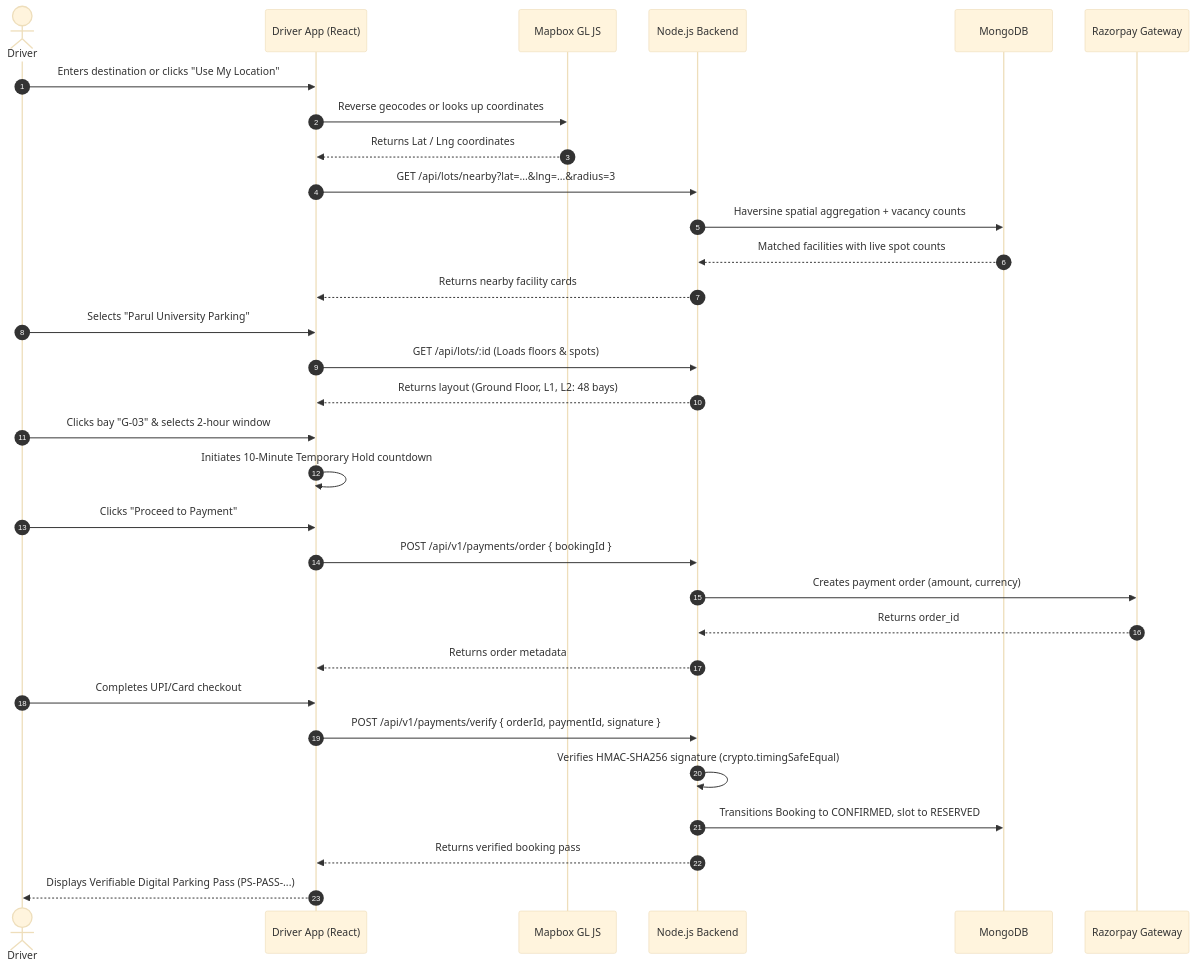
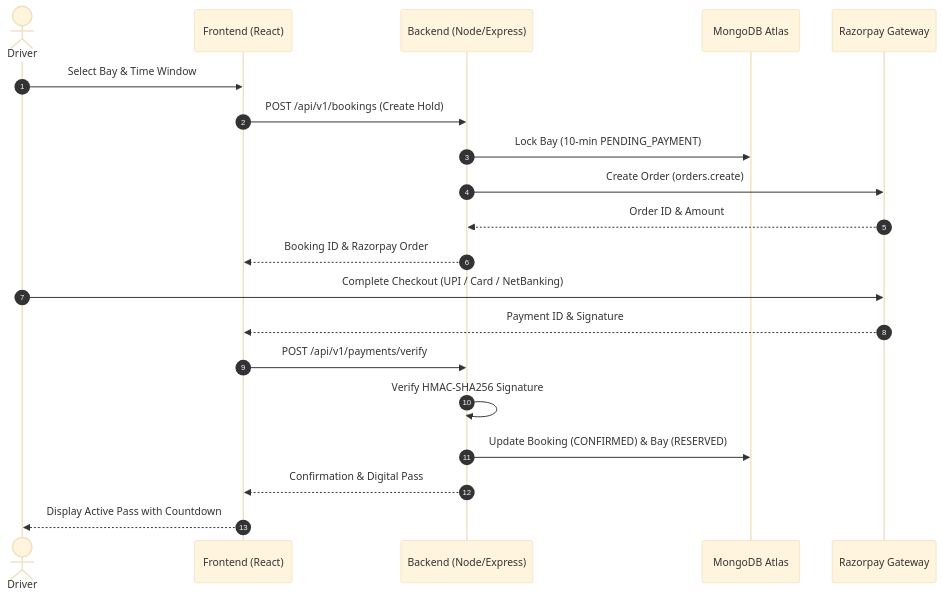
The second of 2 diagrams in README.md (Kumud9/ParkSpot), drawn with Mermaid (base theme) before and after one commit. The commit also changed other lines of this file and 30 other files, not shown here.

````diff
--- a/README.md
+++ b/README.md
@@ -401,34 +85,23 @@
 ```mermaid
 sequenceDiagram
     autonumber
     actor Driver
-    participant Frontend as Driver App (React)
-    participant Mapbox as Mapbox GL JS
-    participant Backend as Node.js Backend
-    participant Mongo as MongoDB
-    participant Razorpay as Razorpay Gateway
+    participant FE as Frontend (React)
+    participant BE as Backend (Node/Express)
+    participant DB as MongoDB Atlas
+    participant RZP as Razorpay Gateway
 
-    Driver->>Frontend: Enters destination or clicks "Use My Location"
-    Frontend->>Mapbox: Reverse geocodes or looks up coordinates
-    Mapbox-->>Frontend: Returns Lat / Lng coordinates
-    Frontend->>Backend: GET /api/lots/nearby?lat=...&lng=...&radius=3
-    Backend->>Mongo: Haversine spatial aggregation + vacancy counts
-    Mongo-->>Backend: Matched facilities with live spot counts
-    Backend-->>Frontend: Returns nearby facility cards
-    Driver->>Frontend: Selects "Parul University Parking"
-    Frontend->>Backend: GET /api/lots/:id (Loads floors & spots)
-    Backend-->>Frontend: Returns layout (Ground Floor, L1, L2: 48 bays)
-    Driver->>Frontend: Clicks bay "G-03" & selects 2-hour window
-    Frontend->>Frontend: Initiates 10-Minute Temporary Hold countdown
-    Driver->>Frontend: Clicks "Proceed to Payment"
-    Frontend->>Backend: POST /api/v1/payments/order { bookingId }
-    Backend->>Razorpay: Creates payment order (amount, currency)
-    Razorpay-->>Backend: Returns order_id
-    Backend-->>Frontend: Returns order metadata
-    Driver->>Frontend: Completes UPI/Card checkout
-    Frontend->>Backend: POST /api/v1/payments/verify { orderId, paymentId, signature }
-    Backend->>Backend: Verifies HMAC-SHA256 signature (crypto.timingSafeEqual)
-    Backend->>Mongo: Transitions Booking to CONFIRMED, slot to RESERVED
-    Backend-->>Frontend: Returns verified booking pass
-    Frontend-->>Driver: Displays Verifiable Digital Parking Pass (PS-PASS-...)
+    Driver->>FE: Select Bay & Time Window
+    FE->>BE: POST /api/v1/bookings (Create Hold)
+    BE->>DB: Lock Bay (10-min PENDING_PAYMENT)
+    BE->>RZP: Create Order (orders.create)
+    RZP-->>BE: Order ID & Amount
+    BE-->>FE: Booking ID & Razorpay Order
+    Driver->>RZP: Complete Checkout (UPI / Card / NetBanking)
+    RZP-->>FE: Payment ID & Signature
+    FE->>BE: POST /api/v1/payments/verify
+    BE->>BE: Verify HMAC-SHA256 Signature
+    BE->>DB: Update Booking (CONFIRMED) & Bay (RESERVED)
+    BE-->>FE: Confirmation & Digital Pass
+    FE-->>Driver: Display Active Pass with Countdown
 ```
````
